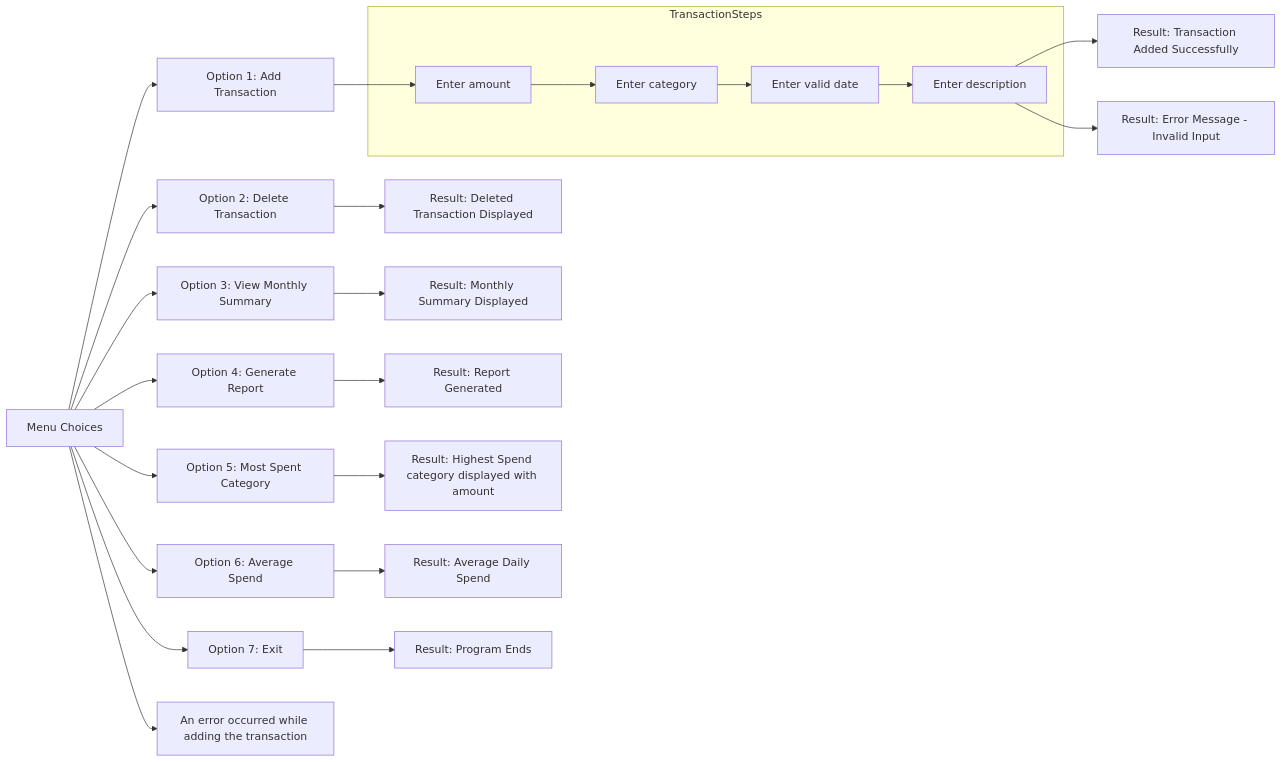
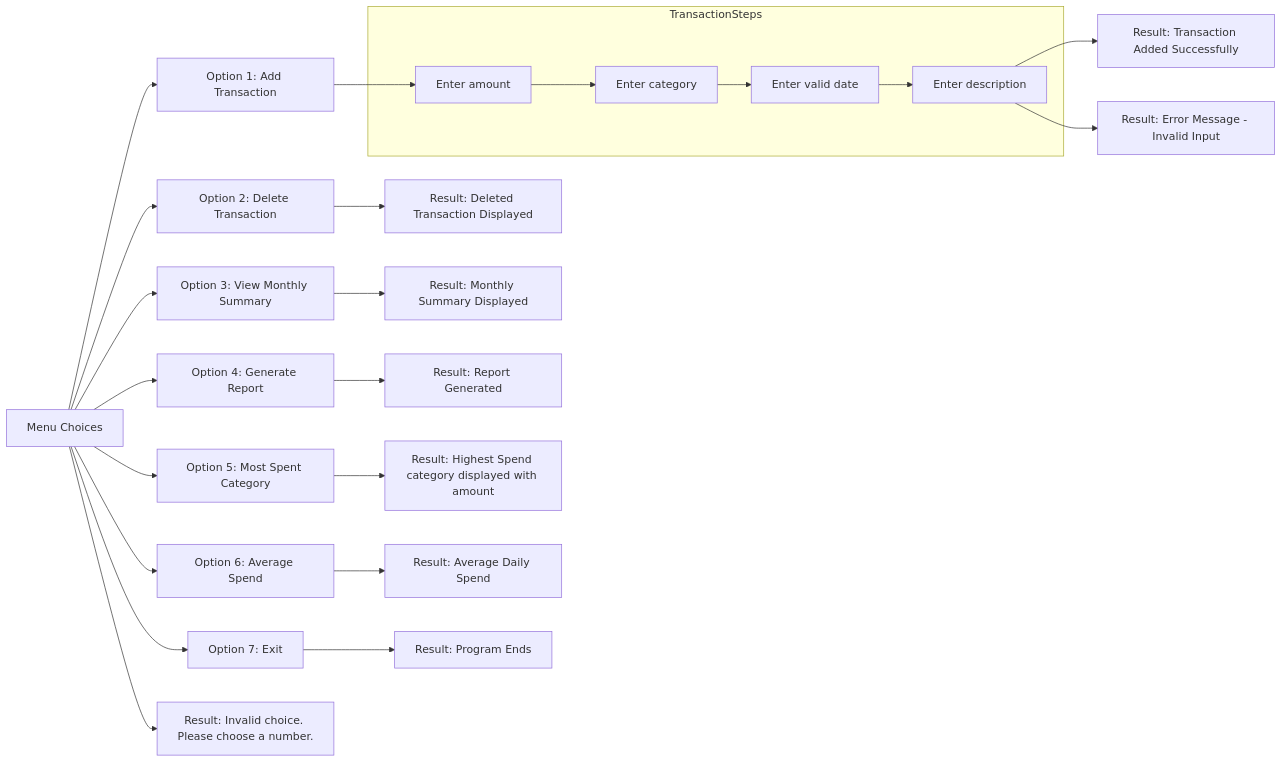
Before and after one commit to Kemar-Brown/CS50project: the first of 3 diagrams in README.md, drawn with Mermaid. The commit also changed other lines of this file, not shown here.

````diff
--- a/README.md
+++ b/README.md
@@ -543,35 +544,35 @@
 ```mermaid
 flowchart LR
     A[Menu Choices] --> B[Option 1: Add Transaction]
     A --> C[Option 2: Delete Transaction]
     A --> C1[Option 3: View Monthly Summary]
     A --> C2[Option 4: Generate Report]
     A --> D[Option 5: Most Spent Category]
     A --> E[Option 6: Average Spend ]
 
     A --> F[Option 7: Exit]
     
     %% Results of each option
     B --> L
     C --> H[Result: Deleted Transaction Displayed]
     C1 --> C3[Result: Monthly Summary Displayed]
     C2 --> C4[Result: Report Generated]
     D --> I[Result: Highest Spend category displayed with amount]
     E --> J[Result: Average Daily Spend]
     F --> K[Result: Program Ends]
 
     %% Transaction steps expanded
     subgraph TransactionSteps
         L[Enter amount] --> M[Enter category]
         M --> N[Enter valid date]
         N --> O[Enter description]
     end
 
     %% Two possible outcomes after transaction steps
     O --> G[Result: Transaction Added Successfully]
     O --> G2[Result: Error Message - Invalid Input]
 
     %% Invalid choice branch
-    A --> P[An error occurred while adding the transaction]
+    A --> P[Result: Invalid choice. Please choose a number.]
 
 ```
````
